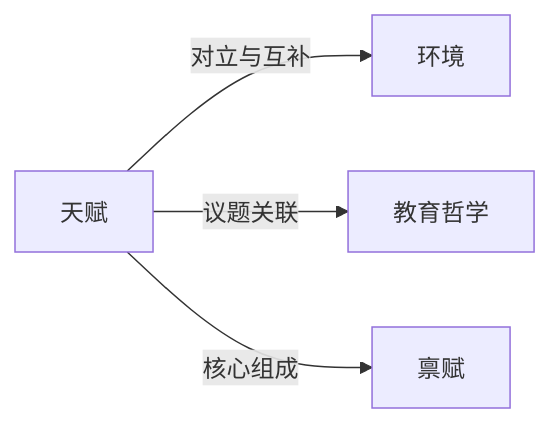
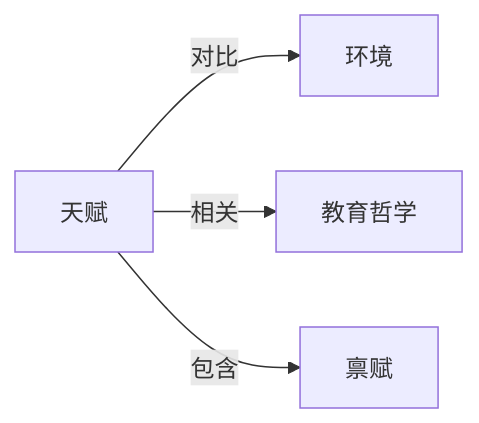
The diagram in Knowledge/Concepts/心理学/天赋.md (KIMMCHOW/MyKnowledge), drawn with Mermaid before and after one commit. The commit also changed 95 other files, not shown here.

Commit message:
reorganize: 统一关系图边标签为11类

````diff
--- a/Knowledge/Concepts/心理学/天赋.md
+++ b/Knowledge/Concepts/心理学/天赋.md
@@ -41,6 +41,6 @@
 ```mermaid
 graph LR
-天赋 -->|对立与互补| 环境
-天赋 -->|议题关联| 教育哲学
-天赋 -->|核心组成| 禀赋
+天赋 -->|对比| 环境
+天赋 -->|相关| 教育哲学
+天赋 -->|包含| 禀赋
 ```
````
